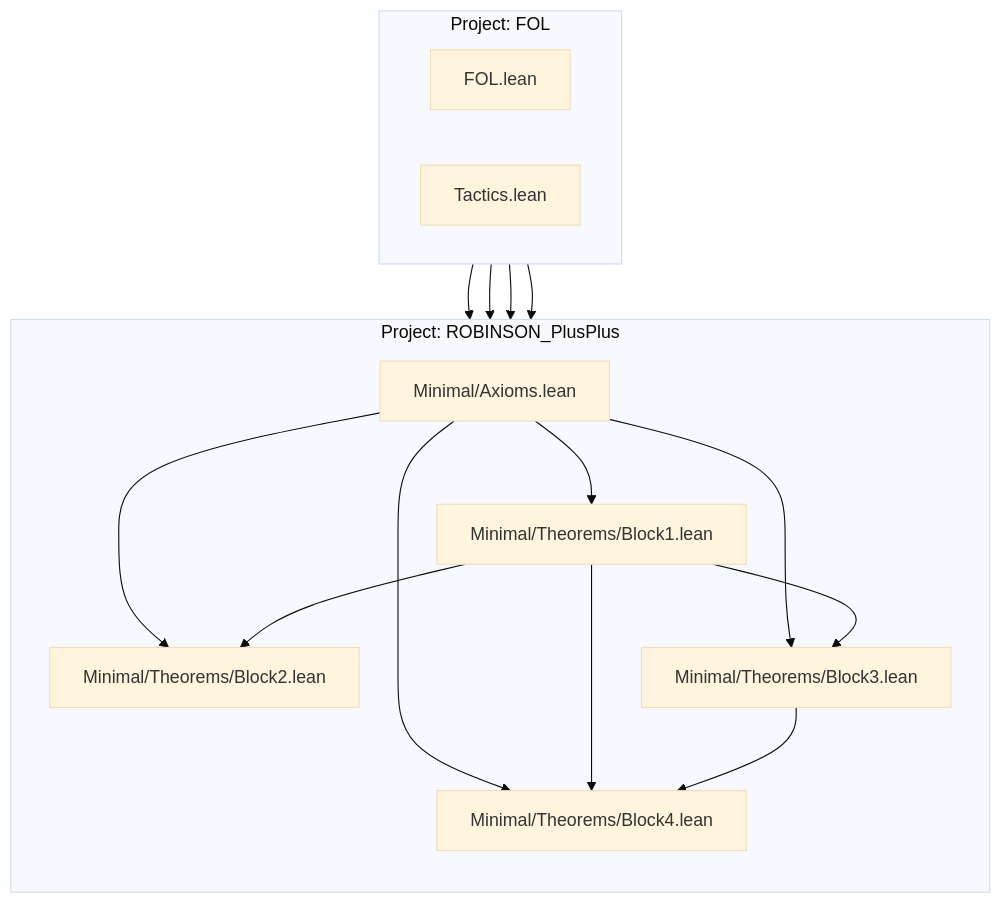
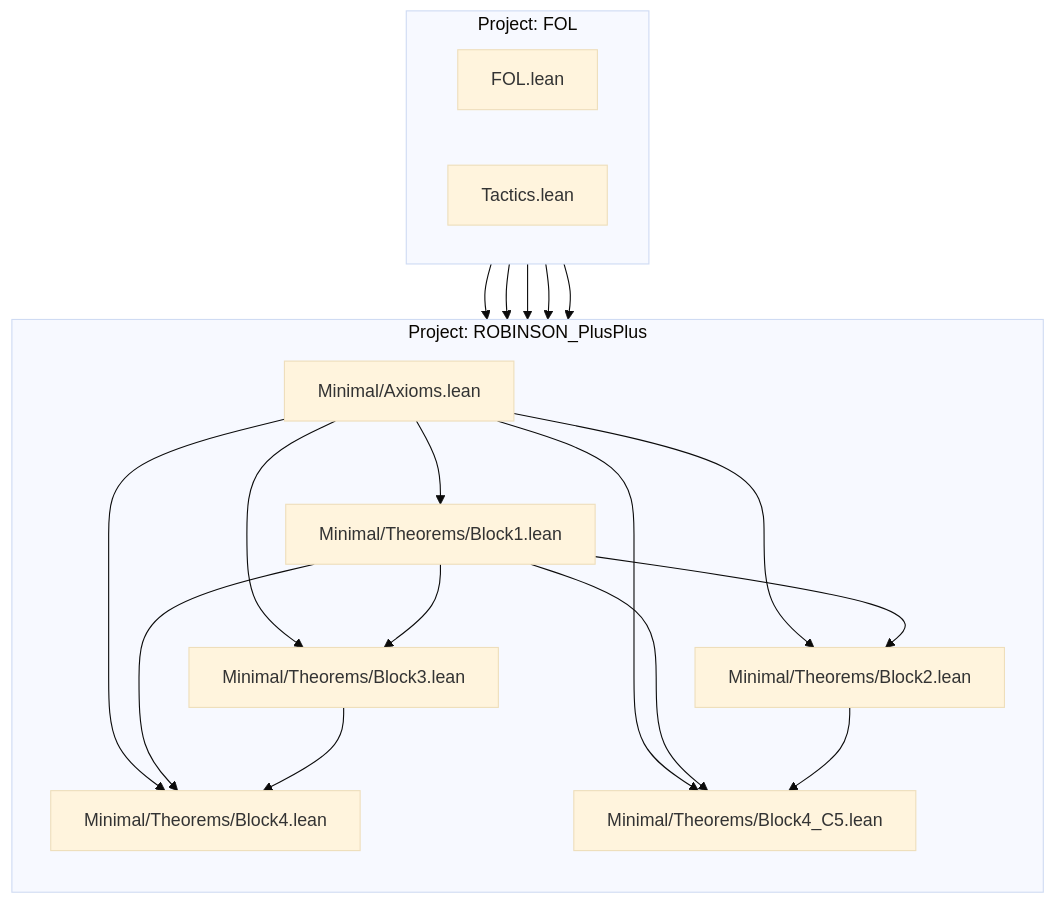
The diagram in REFERENCE.md (julian1c2a/ROBINSON_PlusPlus), drawn with Mermaid (base theme) before and after one commit. The commit also changed other lines of this file and 4 other files, not shown here.

````diff
--- a/REFERENCE.md
+++ b/REFERENCE.md
@@ -103,30 +104,35 @@
 ```mermaid
 graph TD
     subgraph "Project: FOL"
         direction LR
         FOL_FOL["FOL.lean"]
         FOL_Tactics["Tactics.lean"]
     end
 
     subgraph "Project: ROBINSON_PlusPlus"
         direction TB
         Axioms["Minimal/Axioms.lean"]
         Block1["Minimal/Theorems/Block1.lean"]
         Block2["Minimal/Theorems/Block2.lean"]
         Block3["Minimal/Theorems/Block3.lean"]
         Block4["Minimal/Theorems/Block4.lean"]
+        Block4_C5["Minimal/Theorems/Block4_C5.lean"]
     end
 
     FOL_FOL --> Axioms
     Axioms --> Block1
     Axioms --> Block2
     Axioms --> Block3
     Axioms --> Block4
+    Axioms --> Block4_C5
     Block1 --> Block2
     Block1 --> Block3
     Block1 --> Block4
+    Block1 --> Block4_C5
+    Block2 --> Block4_C5
     Block3 --> Block4
     FOL_Tactics --> Block1
     FOL_Tactics --> Block2
+    FOL_Tactics --> Block4_C5
     FOL_Tactics --> Block3
 ```
````
